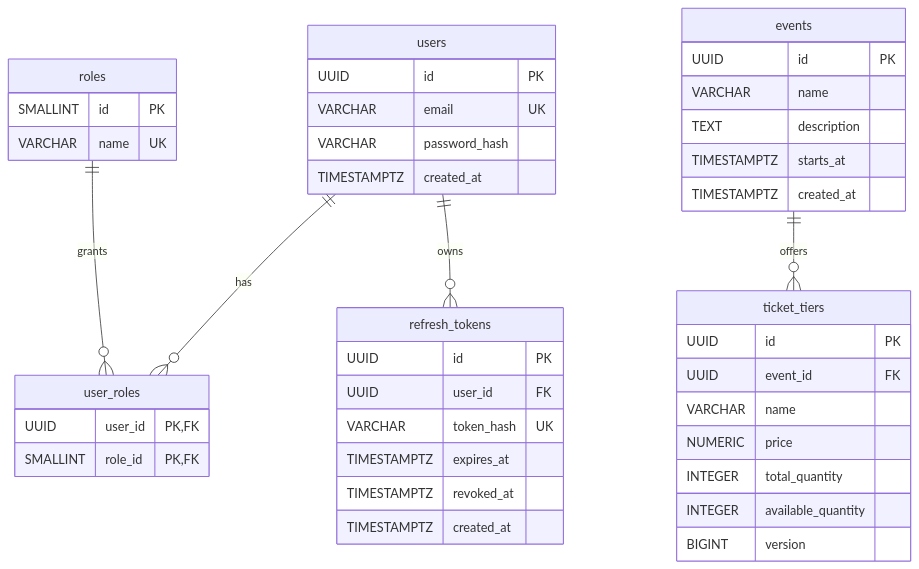
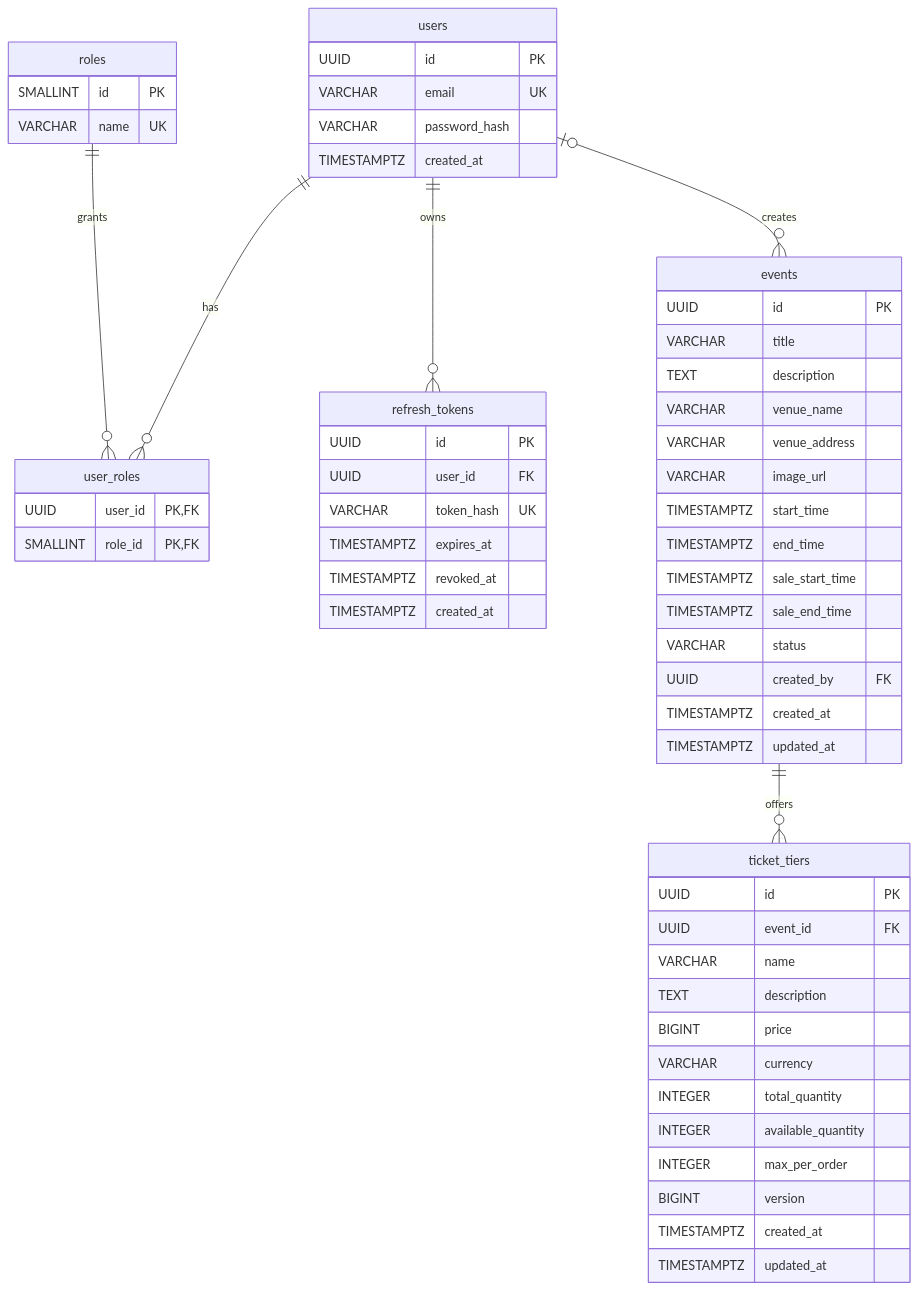
One commit to tm-Quan745/ticketrush-platform changed the diagram in docs/database.md. Above: the diagram before and after it, drawn with Mermaid. The commit also changed other lines of this file and 44 other files, not shown here.

````diff
--- a/docs/database.md
+++ b/docs/database.md
@@ -6,45 +6,60 @@
 ```mermaid
 erDiagram
     users ||--o{ user_roles : has
     roles ||--o{ user_roles : grants
     users ||--o{ refresh_tokens : owns
     events ||--o{ ticket_tiers : offers
+    users |o--o{ events : creates
     users {
         UUID id PK
         VARCHAR email UK
         VARCHAR password_hash
         TIMESTAMPTZ created_at
     }
     roles {
         SMALLINT id PK
         VARCHAR name UK
     }
     user_roles {
         UUID user_id PK,FK
         SMALLINT role_id PK,FK
     }
     refresh_tokens {
         UUID id PK
         UUID user_id FK
         VARCHAR token_hash UK
         TIMESTAMPTZ expires_at
         TIMESTAMPTZ revoked_at
         TIMESTAMPTZ created_at
     }
     events {
         UUID id PK
-        VARCHAR name
+        VARCHAR title
         TEXT description
-        TIMESTAMPTZ starts_at
+        VARCHAR venue_name
+        VARCHAR venue_address
+        VARCHAR image_url
+        TIMESTAMPTZ start_time
+        TIMESTAMPTZ end_time
+        TIMESTAMPTZ sale_start_time
+        TIMESTAMPTZ sale_end_time
+        VARCHAR status
+        UUID created_by FK
         TIMESTAMPTZ created_at
+        TIMESTAMPTZ updated_at
     }
     ticket_tiers {
         UUID id PK
         UUID event_id FK
         VARCHAR name
-        NUMERIC price
+        TEXT description
+        BIGINT price
+        VARCHAR currency
         INTEGER total_quantity
         INTEGER available_quantity
+        INTEGER max_per_order
         BIGINT version
+        TIMESTAMPTZ created_at
+        TIMESTAMPTZ updated_at
     }
 ```
````
